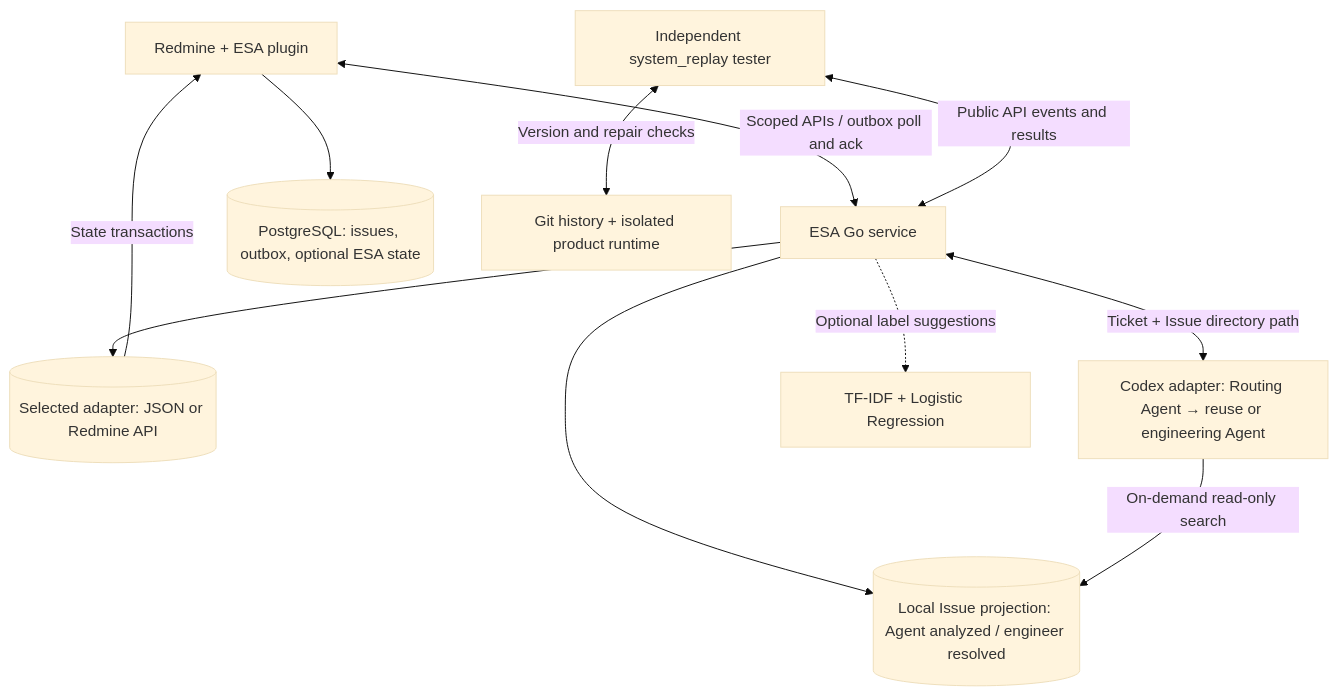
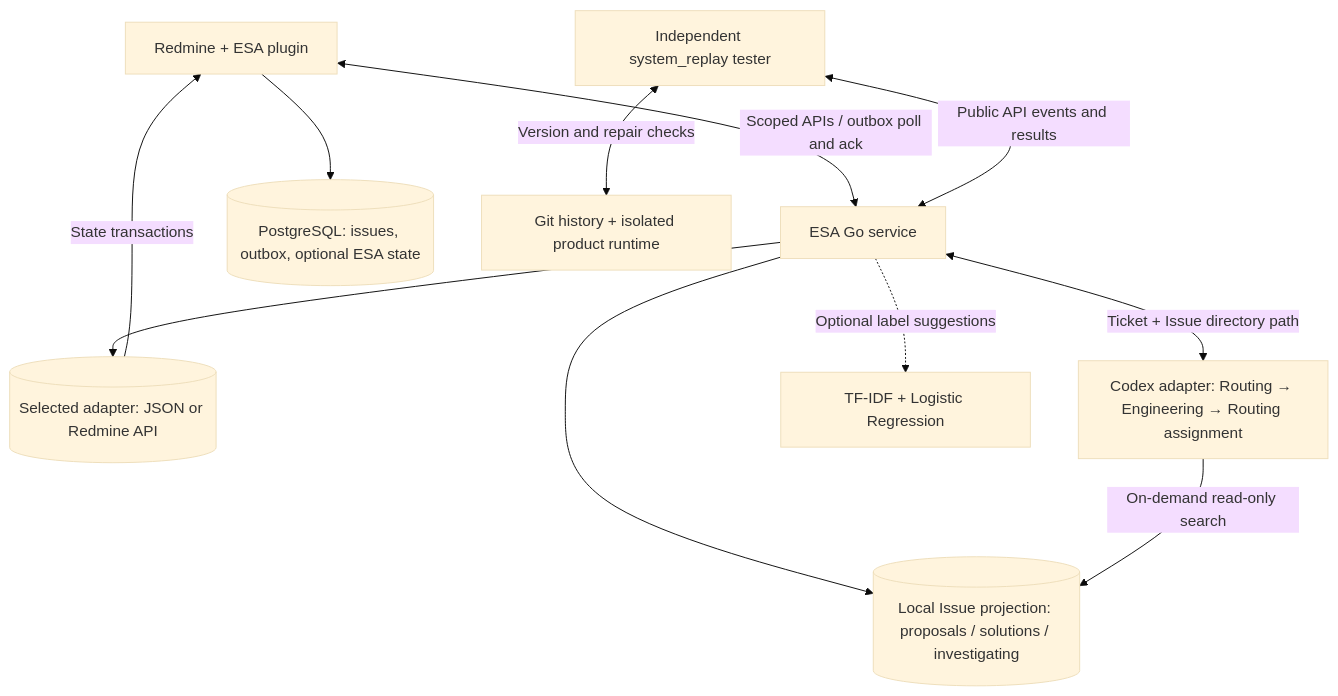
The diagram in README.md (SDUzbh/esa), drawn with Mermaid (base theme) before and after one commit. The commit also changed other lines of this file and 66 other files, not shown here.

Commit message:
Update Issue Management && Routing Agent

````diff
--- a/README.md
+++ b/README.md
@@ -26,13 +26,13 @@
 ```mermaid
 flowchart TD
     P["Redmine + ESA plugin"] <-->|Scoped APIs / outbox poll and ack| E["ESA Go service"]
     P --> D[("PostgreSQL: issues, outbox, optional ESA state")]
     E --> S[("Selected adapter: JSON or Redmine API")]
     S -->|State transactions| P
-    E <-->|Ticket + Issue directory path| A["Codex adapter: Routing Agent → reuse or engineering Agent"]
-    E --> I[("Local Issue projection: Agent analyzed / engineer resolved")]
+    E <-->|Ticket + Issue directory path| A["Codex adapter: Routing → Engineering → Routing assignment"]
+    E --> I[("Local Issue projection: proposals / solutions / investigating")]
     A -->|On-demand read-only search| I
     E -.->|Optional label suggestions| C["TF-IDF + Logistic Regression"]
     T["Independent system_replay tester"] <-->|Public API events and results| E
     T <-->|Version and repair checks| H["Git history + isolated product runtime"]
 ```
````
